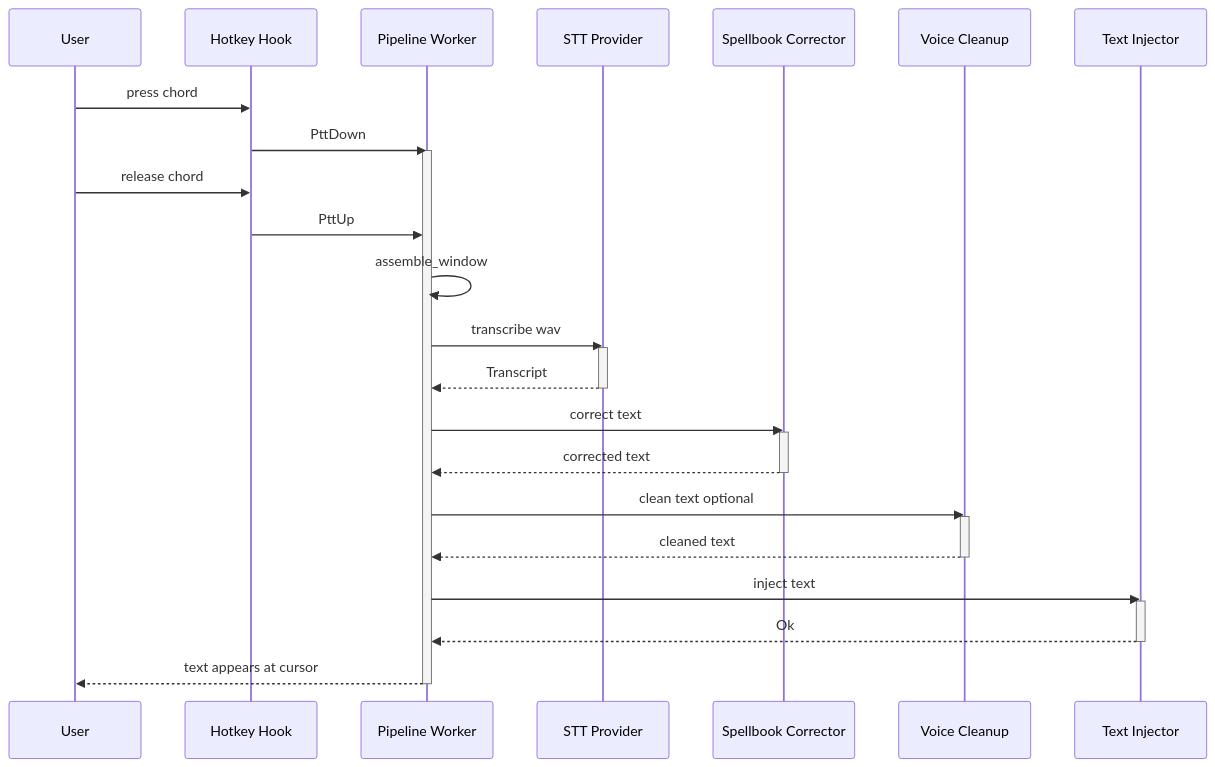
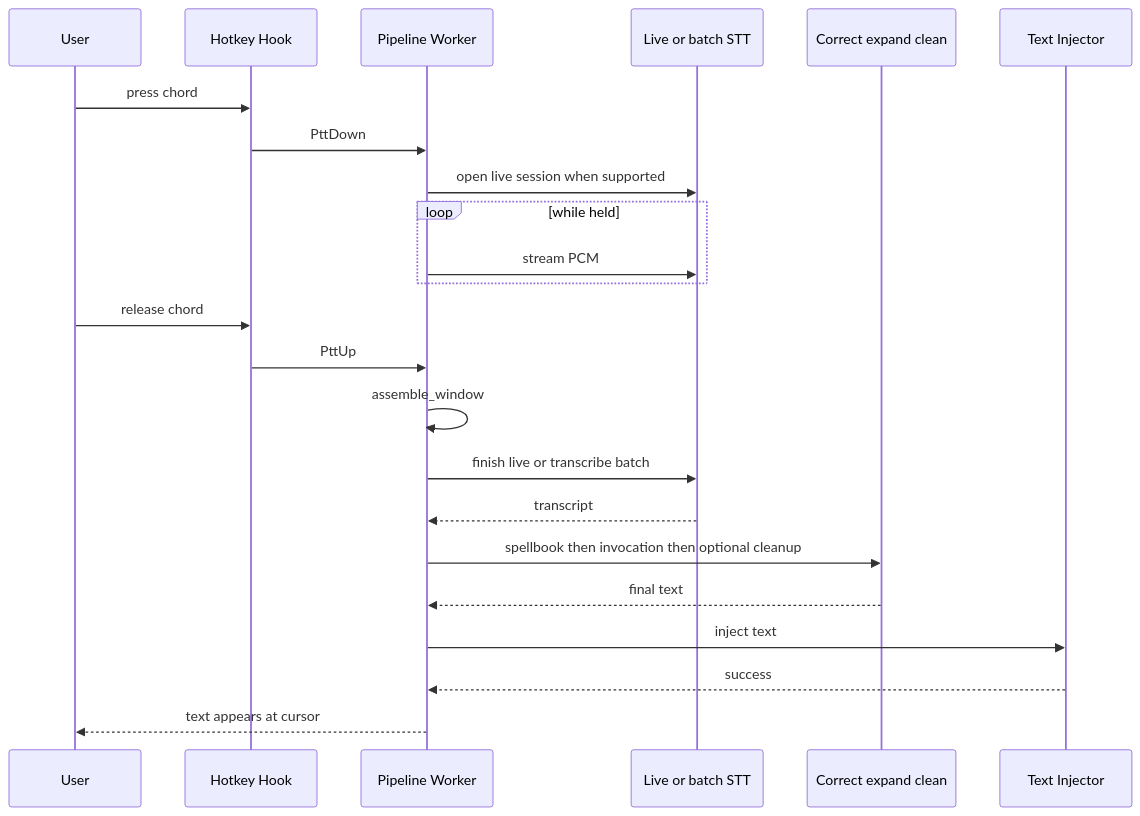
One commit to BoardPandas/Hark changed the second of 3 diagrams in Docs/core/ARCHITECTURE.md. Above: the diagram before and after it, drawn with Mermaid. The commit also changed other lines of this file and 25 other files, not shown here.

````diff
--- a/Docs/core/ARCHITECTURE.md
+++ b/Docs/core/ARCHITECTURE.md
@@ -101,35 +71,26 @@
 ```mermaid
 sequenceDiagram
     participant User
     participant Hook as Hotkey Hook
     participant Worker as Pipeline Worker
-    participant STT as STT Provider
-    participant Dict as Spellbook Corrector
-    participant Voice as Voice Cleanup
+    participant STT as Live or batch STT
+    participant Text as Correct expand clean
     participant Inject as Text Injector
 
     User->>Hook: press chord
     Hook->>Worker: PttDown
-    activate Worker
+    Worker->>STT: open live session when supported
+    loop while held
+        Worker->>STT: stream PCM
+    end
     User->>Hook: release chord
     Hook->>Worker: PttUp
     Worker->>Worker: assemble_window
-    Worker->>STT: transcribe wav
-    activate STT
-    STT-->>Worker: Transcript
-    deactivate STT
-    Worker->>Dict: correct text
-    activate Dict
-    Dict-->>Worker: corrected text
-    deactivate Dict
-    Worker->>Voice: clean text optional
-    activate Voice
-    Voice-->>Worker: cleaned text
-    deactivate Voice
+    Worker->>STT: finish live or transcribe batch
+    STT-->>Worker: transcript
+    Worker->>Text: spellbook then invocation then optional cleanup
+    Text-->>Worker: final text
     Worker->>Inject: inject text
-    activate Inject
-    Inject-->>Worker: Ok
-    deactivate Inject
+    Inject-->>Worker: success
     Worker-->>User: text appears at cursor
-    deactivate Worker
 ```
````
